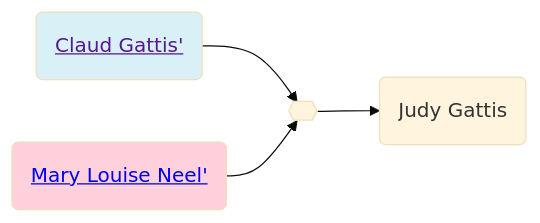
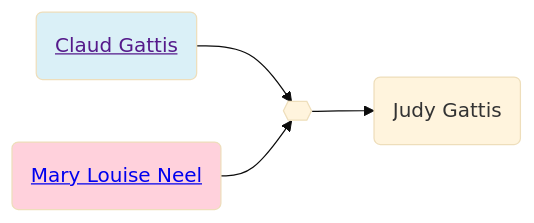
One commit to neelsmith/avocational changed the second of 2 diagrams in familyhistory/sources/people/Gattis-line/Claud_Gattis.qmd. Above: the diagram before and after it, drawn with Mermaid (base theme). The commit also changed other lines of this file and 96 other files, not shown here.

````diff
--- a/familyhistory/sources/people/Gattis-line/Claud_Gattis.qmd
+++ b/familyhistory/sources/people/Gattis-line/Claud_Gattis.qmd
@@ -69,14 +69,14 @@
 ```{mermaid}
 graph LR
 %% LR descendant diagram
 class Claud_Gattis_and_Mary_Louise_Neel marriage
-Claud_Gattis(<a href=''>Claud Gattis'</>) --> Claud_Gattis_and_Mary_Louise_Neel{{ }}
-Mary_Louise_Neel(<a href='./../Neel-line/Mary_Louise_Neel.html'>Mary Louise Neel'</>) --> Claud_Gattis_and_Mary_Louise_Neel{{ }}
+Claud_Gattis(<a href=''>Claud Gattis</a>) --> Claud_Gattis_and_Mary_Louise_Neel{{ }}
+Mary_Louise_Neel(<a href='./../Neel-line/Mary_Louise_Neel.html'>Mary Louise Neel</a>) --> Claud_Gattis_and_Mary_Louise_Neel{{ }}
 class Claud_Gattis father
 class Mary_Louise_Neel mother
 Claud_Gattis_and_Mary_Louise_Neel{{ }} --> Judy_Gattis(Judy Gattis)
 classDef mother fill:#ffd1dc
 classDef father fill:#daf0f7  
 classDef marriage fill:#ffffff
 
 ```
````
